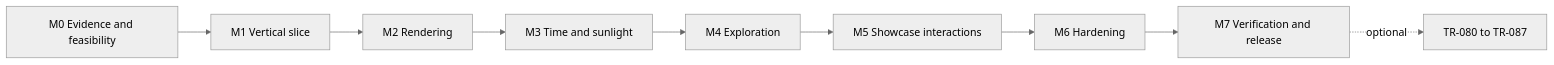
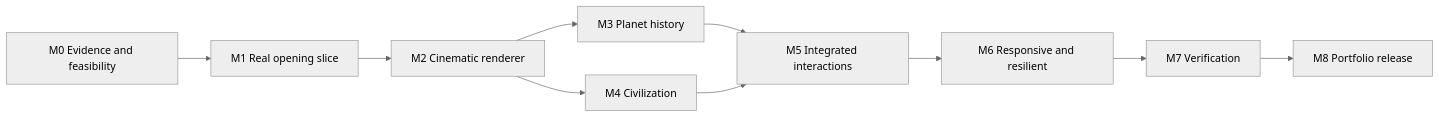
The diagram in docs/ROADMAP.md (jdavis-software/terra), drawn with Mermaid (neutral theme) before and after one commit. The commit also changed other lines of this file and 17 other files, not shown here.

Commit message:
docs: replace observatory plan with recording-based Earth history roadmap

````diff
--- a/docs/ROADMAP.md
+++ b/docs/ROADMAP.md
@@ -11,11 +11,12 @@
 ```mermaid
 flowchart LR
-  M0[M0 Evidence and feasibility] --> M1[M1 Vertical slice]
-  M1 --> M2[M2 Rendering]
-  M2 --> M3[M3 Time and sunlight]
-  M3 --> M4[M4 Exploration]
-  M4 --> M5[M5 Showcase interactions]
-  M5 --> M6[M6 Hardening]
-  M6 --> M7[M7 Verification and release]
-  M7 -. optional .-> EXT[TR-080 to TR-087]
+  M0[M0 Evidence and feasibility] --> M1[M1 Real opening slice]
+  M1 --> M2[M2 Cinematic renderer]
+  M2 --> M3[M3 Planet history]
+  M2 --> M4[M4 Civilization]
+  M3 --> M5[M5 Integrated interactions]
+  M4 --> M5
+  M5 --> M6[M6 Responsive and resilient]
+  M6 --> M7[M7 Verification]
+  M7 --> M8[M8 Portfolio release]
 ```
````
